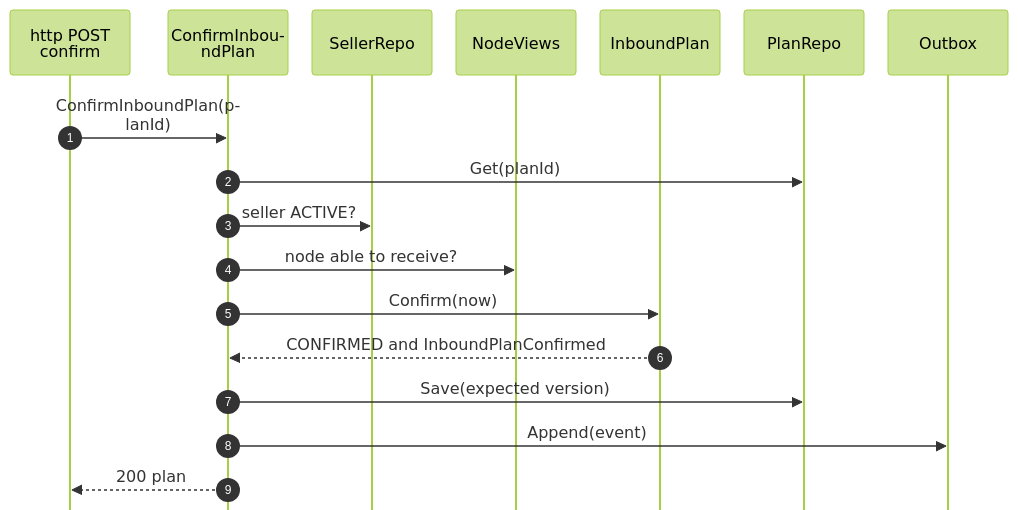
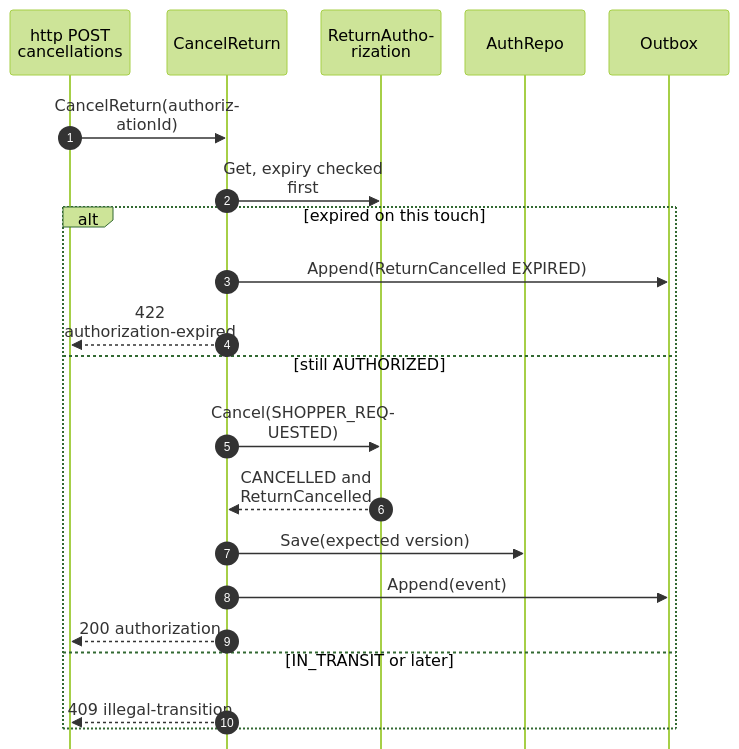
The fourth of 4 diagrams in docs/docs/ddd/sequence-diagrams.md (IQVO/customer-returns), drawn with Mermaid (forest theme) before and after one commit. The commit also changed other lines of this file and 13 other files, not shown here.

````diff
--- a/docs/docs/ddd/sequence-diagrams.md
+++ b/docs/docs/ddd/sequence-diagrams.md
@@ -123,21 +137,24 @@
 ```mermaid
 %%{init: {"sequence": {"wrap": true, "width": 120, "actorMargin": 24, "messageMargin": 28, "boxMargin": 6, "noteMargin": 6, "mirrorActors": false}}}%%
 sequenceDiagram
     autonumber
-    participant H as http POST confirm
-    participant UC as ConfirmInboundPlan
-    participant S as SellerRepo
-    participant V as NodeViews
-    participant P as InboundPlan
-    participant R as PlanRepo
+    participant H as http POST cancellations
+    participant UC as CancelReturn
+    participant A as ReturnAuthorization
+    participant R as AuthRepo
     participant OB as Outbox
-    H->>UC: ConfirmInboundPlan(planId)
-    UC->>R: Get(planId)
-    UC->>S: seller ACTIVE?
-    UC->>V: node able to receive?
-    UC->>P: Confirm(now)
-    P-->>UC: CONFIRMED and InboundPlanConfirmed
-    UC->>R: Save(expected version)
-    UC->>OB: Append(event)
-    UC-->>H: 200 plan
+    H->>UC: CancelReturn(authorizationId)
+    UC->>A: Get, expiry checked first
+    alt expired on this touch
+        UC->>OB: Append(ReturnCancelled EXPIRED)
+        UC-->>H: 422 authorization-expired
+    else still AUTHORIZED
+        UC->>A: Cancel(SHOPPER_REQUESTED)
+        A-->>UC: CANCELLED and ReturnCancelled
+        UC->>R: Save(expected version)
+        UC->>OB: Append(event)
+        UC-->>H: 200 authorization
+    else IN_TRANSIT or later
+        UC-->>H: 409 illegal-transition
+    end
 ```
````
